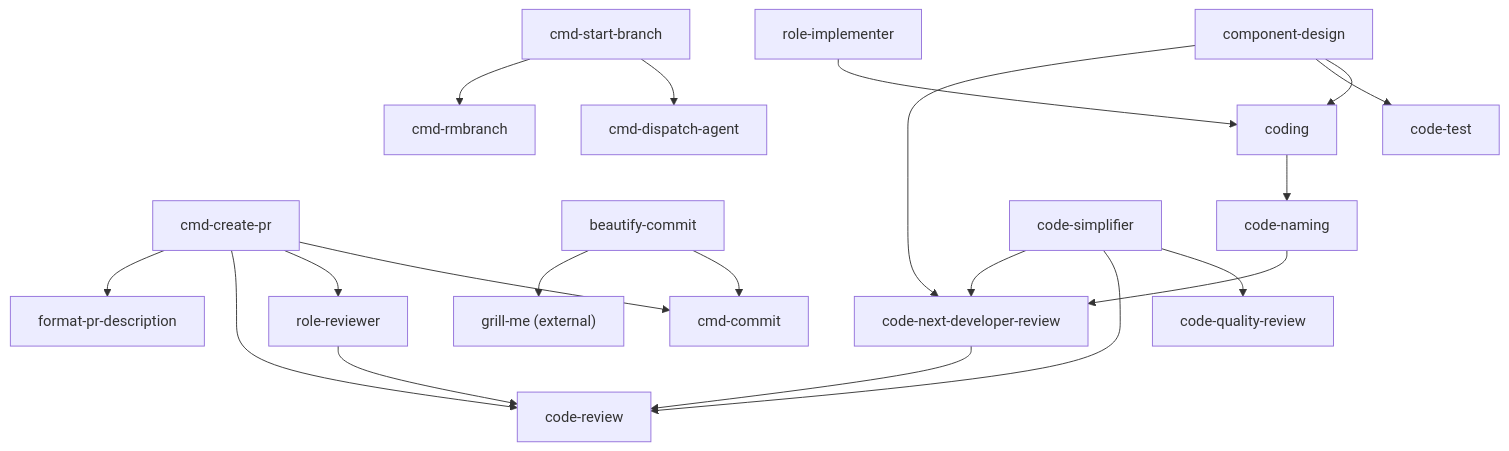
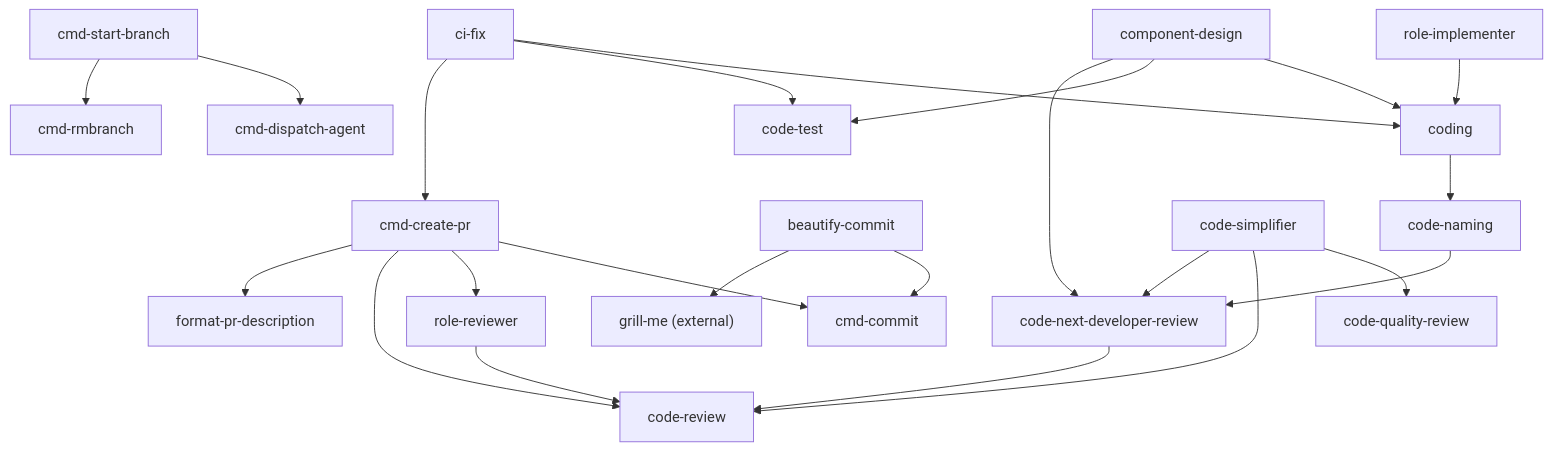
One commit to version-1/agents-docs changed the diagram in docs/skill-dependency-map.md. Above: the diagram before and after it, drawn with Mermaid. The commit also changed other lines of this file and 3 other files, not shown here.

````diff
--- a/docs/skill-dependency-map.md
+++ b/docs/skill-dependency-map.md
@@ -101,30 +108,34 @@
 ```mermaid
 graph TD
     cmd_create_pr["cmd-create-pr"] --> cmd_commit["cmd-commit"]
     cmd_create_pr --> role_reviewer["role-reviewer"]
     cmd_create_pr --> code_review["code-review"]
     cmd_create_pr --> format_pr_description["format-pr-description"]
 
     cmd_start_branch["cmd-start-branch"] --> cmd_dispatch_agent["cmd-dispatch-agent"]
     cmd_start_branch --> cmd_rmbranch["cmd-rmbranch"]
 
     beautify_commit["beautify-commit"] --> cmd_commit
     beautify_commit --> grill_me["grill-me (external)"]
 
+    ci_fix["ci-fix"] --> coding
+    ci_fix --> code_test["code-test"]
+    ci_fix --> cmd_create_pr
+
     role_reviewer --> code_review
     role_implementer["role-implementer"] --> coding["coding"]
 
     coding --> code_naming["code-naming"]
 
     component_design["component-design"] --> coding
-    component_design --> code_test["code-test"]
+    component_design --> code_test
     component_design --> code_next_dev["code-next-developer-review"]
 
     code_naming --> code_next_dev
 
     code_next_dev --> code_review
 
     code_simplifier["code-simplifier"] --> code_quality["code-quality-review"]
     code_simplifier --> code_review
     code_simplifier --> code_next_dev
 ```
````
